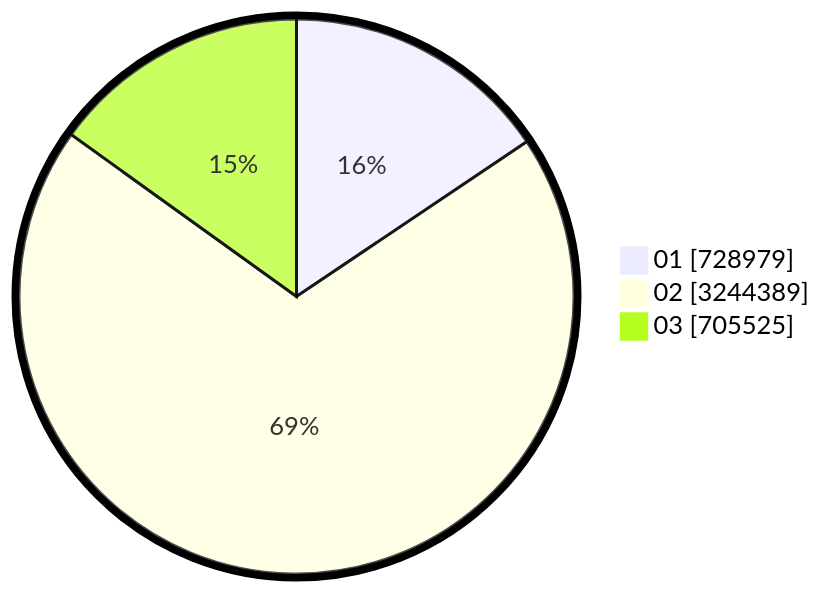
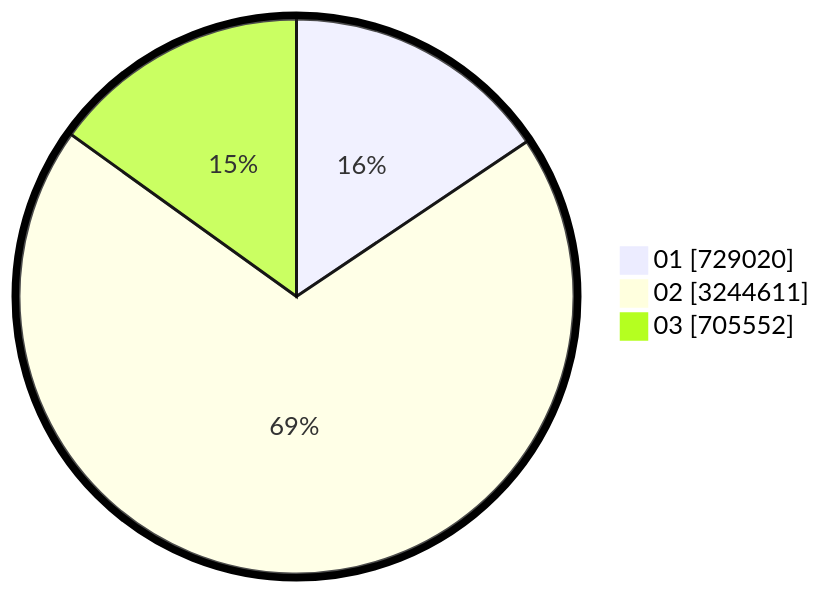
Before and after one commit to gigit-pemilu/pemilu-2024: the second of 2 diagrams in pilpres/hitung-suara/sub/table-wilayah-18.md, drawn with Mermaid. The commit also changed other lines of this file and 7 other files, not shown here.

````diff
--- a/pilpres/hitung-suara/sub/table-wilayah-18.md
+++ b/pilpres/hitung-suara/sub/table-wilayah-18.md
@@ -15,7 +15,7 @@
 ```mermaid
 %%{init: {"pie": {"textPosition": 0.5}, "themeVariables": {"pieOuterStrokeWidth": "5px"}} }%%
 pie showData
-    "01" : 728979
-    "02" : 3244389
-    "03" : 705525
+    "01" : 729020
+    "02" : 3244611
+    "03" : 705552
 ```
````
